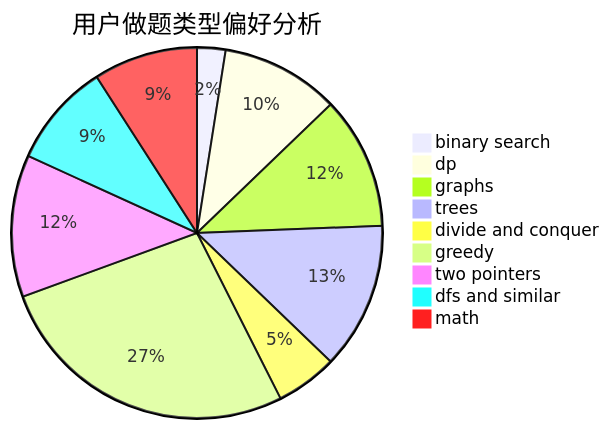
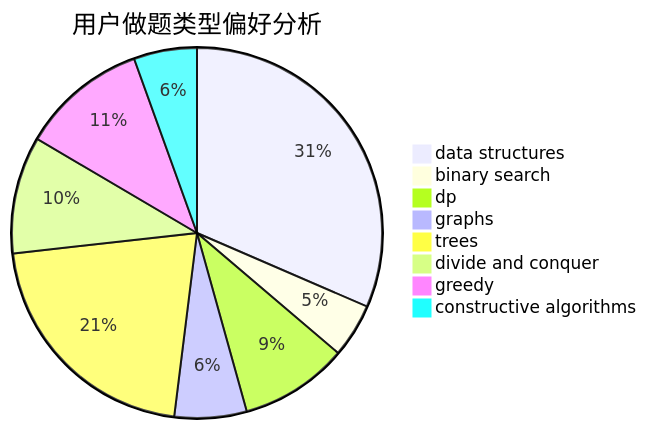
The second of 3 diagrams in docs/user/u2041.md (sherpahu/cfrs.github.io), drawn with Mermaid before and after one commit. The commit also changed other lines of this file and 2775 other files, not shown here.

````diff
--- a/docs/user/u2041.md
+++ b/docs/user/u2041.md
@@ -23,12 +23,11 @@
 ```mermaid
 pie title 用户做题类型偏好分析
+    "data structures" :  40
     "binary search" :  6
-    "dp" :  25
-    "graphs" :  28
-    "trees" :  31
+    "dp" :  12
+    "graphs" :  8
+    "trees" :  27
     "divide and conquer" :  13
-    "greedy" :  65
-    "two pointers" :  30
-    "dfs and similar" :  22
-    "math" :  22
+    "greedy" :  14
+    "constructive algorithms" :  7
 ```
````
